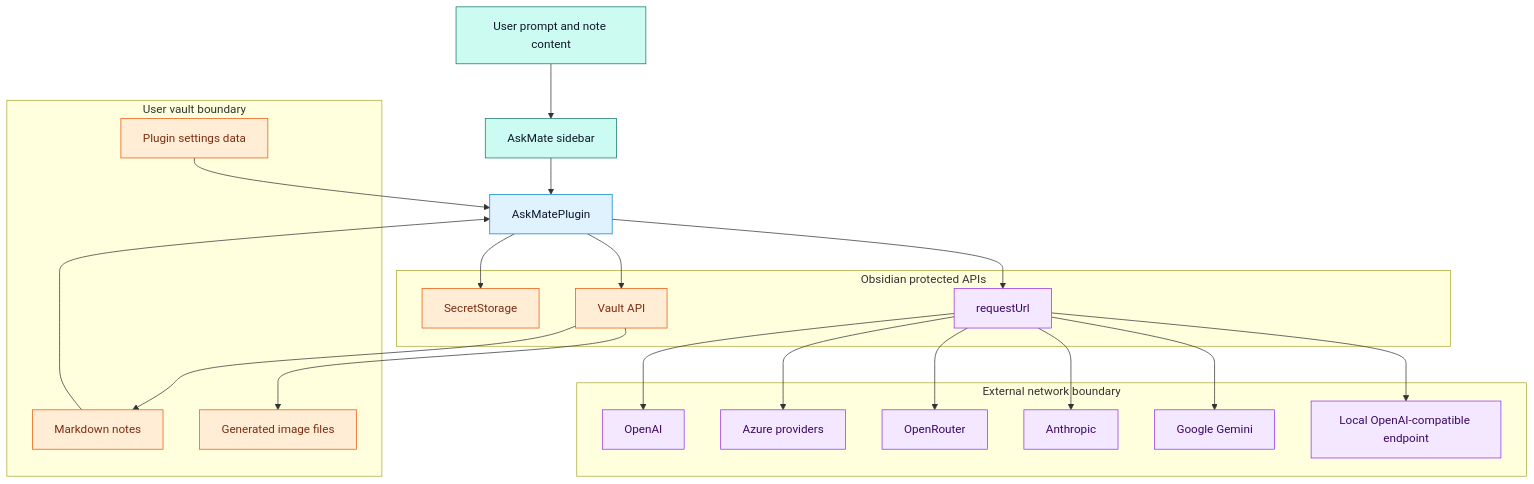
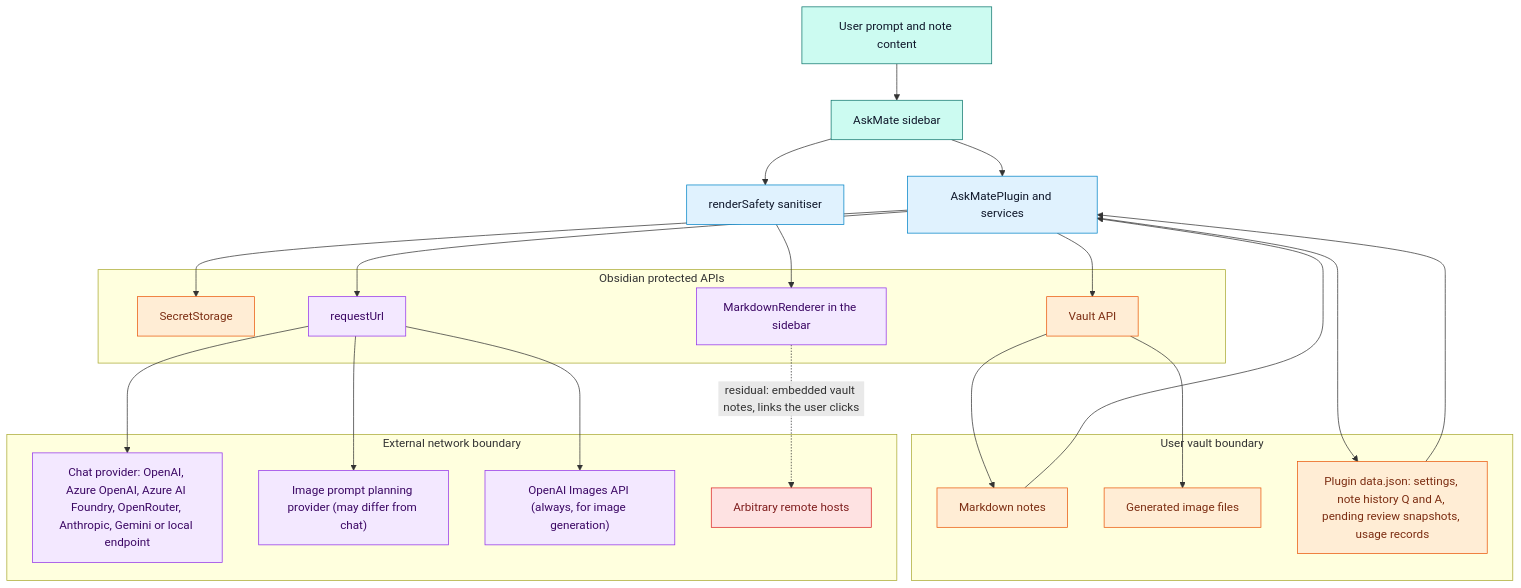
Before and after one commit to CodeWithBehnam/askmate: the diagram in DigVis/14-trust-boundaries.md, drawn with Mermaid. The commit also changed other lines of this file and 88 other files, not shown here.

````diff
--- a/DigVis/14-trust-boundaries.md
+++ b/DigVis/14-trust-boundaries.md
@@ -9,51 +9,52 @@
 ```mermaid
 flowchart TD
   User["User prompt and note content"] --> Sidebar["AskMate sidebar"]
-  Sidebar --> Plugin["AskMatePlugin"]
+  Sidebar --> Plugin["AskMatePlugin and services"]
 
   subgraph "User vault boundary"
     Notes["Markdown notes"]
     Images["Generated image files"]
-    SettingsStore["Plugin settings data"]
+    SettingsStore["Plugin data.json: settings, note history Q and A, pending review snapshots, usage records"]
   end
 
   subgraph "Obsidian protected APIs"
     SecretStorage["SecretStorage"]
     VaultAPI["Vault API"]
     RequestUrl["requestUrl"]
+    Renderer["MarkdownRenderer in the sidebar"]
   end
 
   subgraph "External network boundary"
-    OpenAI["OpenAI"]
-    Azure["Azure providers"]
-    OpenRouter["OpenRouter"]
-    Anthropic["Anthropic"]
-    Gemini["Google Gemini"]
-    Local["Local OpenAI-compatible endpoint"]
+    ChatProvider["Chat provider: OpenAI, Azure OpenAI, Azure AI Foundry, OpenRouter, Anthropic, Gemini or local endpoint"]
+    PlanningProvider["Image prompt planning provider (may differ from chat)"]
+    OpenAIImages["OpenAI Images API (always, for image generation)"]
+    RemoteHosts["Arbitrary remote hosts"]
   end
 
   Notes --> Plugin
   SettingsStore --> Plugin
+  Plugin --> SettingsStore
   Plugin --> SecretStorage
   Plugin --> VaultAPI
   Plugin --> RequestUrl
   VaultAPI --> Notes
   VaultAPI --> Images
-  RequestUrl --> OpenAI
-  RequestUrl --> Azure
-  RequestUrl --> OpenRouter
-  RequestUrl --> Anthropic
-  RequestUrl --> Gemini
-  RequestUrl --> Local
+  RequestUrl --> ChatProvider
+  RequestUrl --> PlanningProvider
+  RequestUrl --> OpenAIImages
+  Sidebar --> Sanitiser["renderSafety sanitiser"]
+  Sanitiser --> Renderer
+  Renderer -.->|"residual: embedded vault notes, links the user clicks"| RemoteHosts
 
   classDef user fill:#CCFBF1,stroke:#0F766E,color:#0F172A
   classDef core fill:#E0F2FE,stroke:#0284C7,color:#0F172A
   classDef store fill:#FFEDD5,stroke:#EA580C,color:#7C2D12
   classDef external fill:#F3E8FF,stroke:#9333EA,color:#3B0764
   classDef risk fill:#FEE2E2,stroke:#DC2626,color:#7F1D1D
 
   class User,Sidebar user
-  class Plugin core
+  class Plugin,Sanitiser core
   class Notes,Images,SettingsStore,SecretStorage,VaultAPI store
-  class RequestUrl,OpenAI,Azure,OpenRouter,Anthropic,Gemini,Local external
+  class RequestUrl,Renderer,ChatProvider,PlanningProvider,OpenAIImages external
+  class RemoteHosts risk
 ```
````
